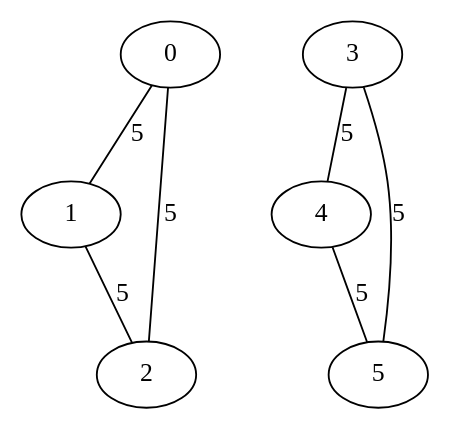
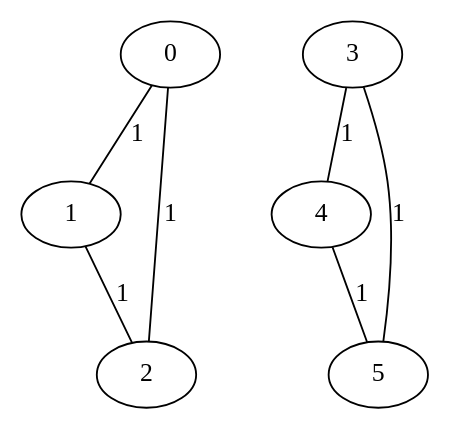
The diagram in pricey_power/dot/non_connected.dot (z2oh/usc_upperdivision_spring2018), drawn with Graphviz before and after one commit. The commit also changed 3 other files, not shown here.

```diff
--- a/pricey_power/dot/non_connected.dot
+++ b/pricey_power/dot/non_connected.dot
@@ -1,9 +1,9 @@
 graph {
-    0 -- 1[label="5", weight="5"]
-    0 -- 2[label="5", weight="5"]
-    1 -- 2[label="5", weight="5"]
+    0 -- 1[label="1", weight="1"]
+    0 -- 2[label="1", weight="1"]
+    1 -- 2[label="1", weight="1"]
     
-    3 -- 4[label="5", weight="5"]
-    3 -- 5[label="5", weight="5"]
-    4 -- 5[label="5", weight="5"]
+    3 -- 4[label="1", weight="1"]
+    3 -- 5[label="1", weight="1"]
+    4 -- 5[label="1", weight="1"]
 }
```
